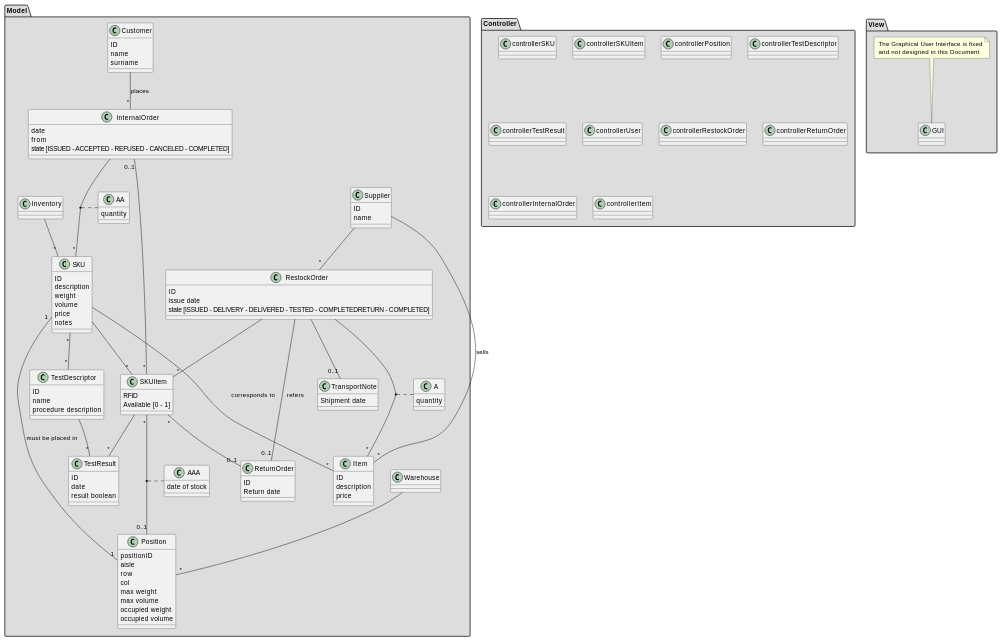
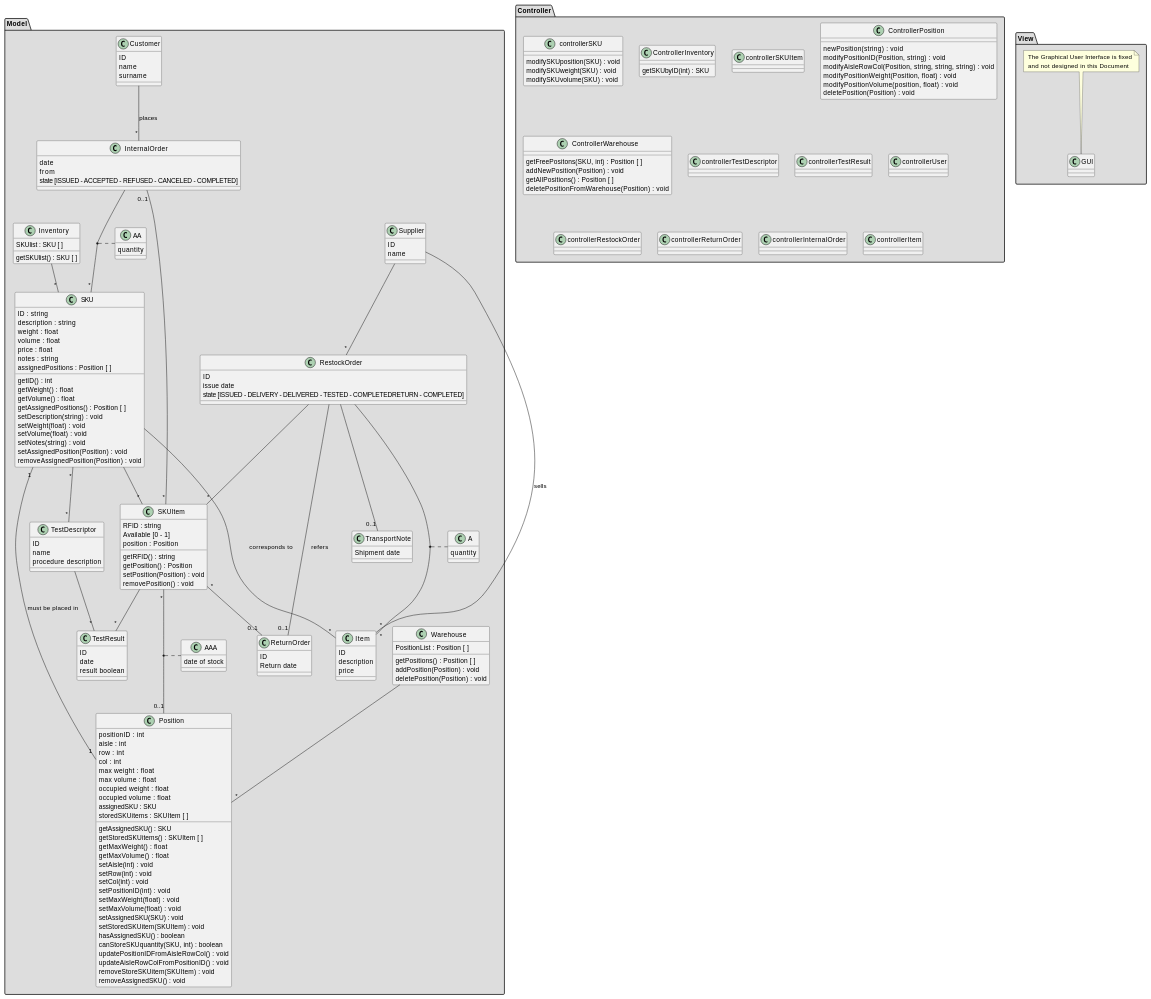
One commit to AlexZampa/EzWh changed the second of 23 diagrams in DesignDocument.md. Above: the diagram before and after it, drawn with PlantUML. The commit also changed other lines of this file, not shown here.

```diff
--- a/DesignDocument.md
+++ b/DesignDocument.md
@@ -220,25 +228,48 @@
 'End of Application Logic
 
 package "Controller" #DDDDDD {
-class controllerSKU
 
-class controllerSKUItem
+  class controllerSKU{
+    modifySKUposition(SKU) : void
+    modifySKUweight(SKU) : void
+    modifySKUvolume(SKU) : void
+  }
 
-class controllerPosition
+  class ControllerInventory{
+    getSKUbyID(int) : SKU
+  }
 
-class controllerTestDescriptor
+  class controllerSKUItem
 
-class controllerTestResult
+  class ControllerPosition{
+    newPosition(string) :  void
+    modifyPositionID(Position, string) : void
+    modifyAisleRowCol(Position, string, string, string) : void
+    modifyPositionWeight(Position, float) : void
+    modifyPositionVolume(position, float) : void
+    deletePosition(Position) : void
+  }
 
-class controllerUser
+  class ControllerWarehouse{
+    getFreePositons(SKU, int) : Position [ ]
+    addNewPosition(Position) : void
+    getAllPositions() : Position [ ]
+    deletePositionFromWarehouse(Position) : void
+  }
 
-class controllerRestockOrder
+  class controllerTestDescriptor
 
-class controllerReturnOrder
+  class controllerTestResult
 
-class controllerInternalOrder
+  class controllerUser
 
-class controllerItem
+  class controllerRestockOrder
+
+  class controllerReturnOrder
+
+  class controllerInternalOrder
+
+  class controllerItem
 
 }
 'End of Presentation
@@ -246,99 +277,148 @@
 
 package "Model" #DDDDDD {
 
-class Warehouse
+  class Warehouse{
+      PositionList : Position [ ]
 
-class Supplier {
-  ID
-  name
-}
+      getPositions() : Position [ ]
+      addPosition(Position) : void
+      deletePosition(Position) : void
+  }
 
-class Customer {
-  ID
-  name
-  surname
-}
+  class Supplier {
+    ID
+    name
+  }
 
-class RestockOrder {
-  ID
-  issue date
-  state [ISSUED - DELIVERY - DELIVERED - TESTED - COMPLETEDRETURN - COMPLETED]
-}
+  class Customer {
+    ID
+    name
+    surname
+  }
+
+  class RestockOrder {
+    ID
+    issue date
+    state [ISSUED - DELIVERY - DELIVERED - TESTED - COMPLETEDRETURN - COMPLETED]
+  }
 
 
-class ReturnOrder {
-  ID
-  Return date
-}
+  class ReturnOrder {
+    ID
+    Return date
+  }
 
-class InternalOrder {
-  date
-  from
-  state [ISSUED - ACCEPTED - REFUSED - CANCELED - COMPLETED]
-}
+  class InternalOrder {
+    date
+    from
+    state [ISSUED - ACCEPTED - REFUSED - CANCELED - COMPLETED]
+  }
 
-class Item {
-  ID
-  description
-  price
-}
+  class Item {
+    ID
+    description
+    price
+  }
 
-class A {
-  quantity
-}
+  class A {
+    quantity
+  }
 
 
-class TransportNote {
-  Shipment date
-}
+  class TransportNote {
+    Shipment date
+  }
 
-class SKU {
-  ID
-  description
-  weight
-  volume
-  price
-  notes
-}
+  class SKU {
+    ID : string
+    description : string
+    weight : float
+    volume : float
+    price : float
+    notes : string
+    assignedPositions : Position [ ]
 
-class Inventory
+    getID() : int
+    getWeight() : float
+    getVolume() : float
+    getAssignedPositions() : Position [ ]
+    setDescription(string) : void
+    setWeight(float) : void
+    setVolume(float) : void
+    setNotes(string) : void
+    setAssignedPosition(Position) : void
+    removeAssignedPosition(Position) : void
+  }
 
-class SKUItem {
-  RFID
-  Available [0 - 1]
-}
+  class Inventory{
+      SKUlist : SKU [ ]
 
-class AA {
-  quantity
-}
+      getSKUlist() : SKU [ ]
+  }
 
-class TestDescriptor {
-  ID
-  name
-  procedure description
-}
+  class SKUItem {
+    RFID : string
+    Available [0 - 1]
+    position : Position
 
-class AAA {
-  date of stock 
-}
+    getRFID() : string
+    getPosition() : Position
+    setPosition(Position) : void
+    removePosition() : void
+  }
 
-class TestResult {
-  ID
-  date
-  result boolean
-}
+  class AA {
+    quantity
+  }
+
+  class TestDescriptor {
+    ID
+    name
+    procedure description
+  }
+
+  class AAA {
+    date of stock 
+  }
+
+  class TestResult {
+    ID
+    date
+    result boolean
+  }
 
 
-class Position {
-  positionID
-  aisle 
-  row
-  col
-  max weight
-  max volume
-  occupied weight
-  occupied volume
-}
+  class Position {
+    positionID : int
+    aisle : int
+    row : int
+    col : int
+    max weight : float
+    max volume : float
+    occupied weight : float
+    occupied volume : float
+    assignedSKU : SKU
+    storedSKUitems : SKUItem [ ]
+
+    getAssignedSKU() : SKU
+    getStoredSKUitems() : SKUItem [ ]
+    getMaxWeight() : float
+    getMaxVolume() : float
+    setAisle(int) : void
+    setRow(int) : void
+    setCol(int) : void
+    setPositionID(int) : void
+    setMaxWeight(float) : void
+    setMaxVolume(float) : void
+    setAssignedSKU(SKU) : void
+    setStoredSKUitem(SKUItem) : void
+    hasAssignedSKU() : boolean
+    canStoreSKUquantity(SKU, int) : boolean
+    updatePositionIDFromAisleRowCol() : void
+    updateAisleRowColFromPositionID() : void
+    removeStoreSKUitem(SKUItem) : void
+    removeAssignedSKU() : void
+  }
 
 }
 
```
